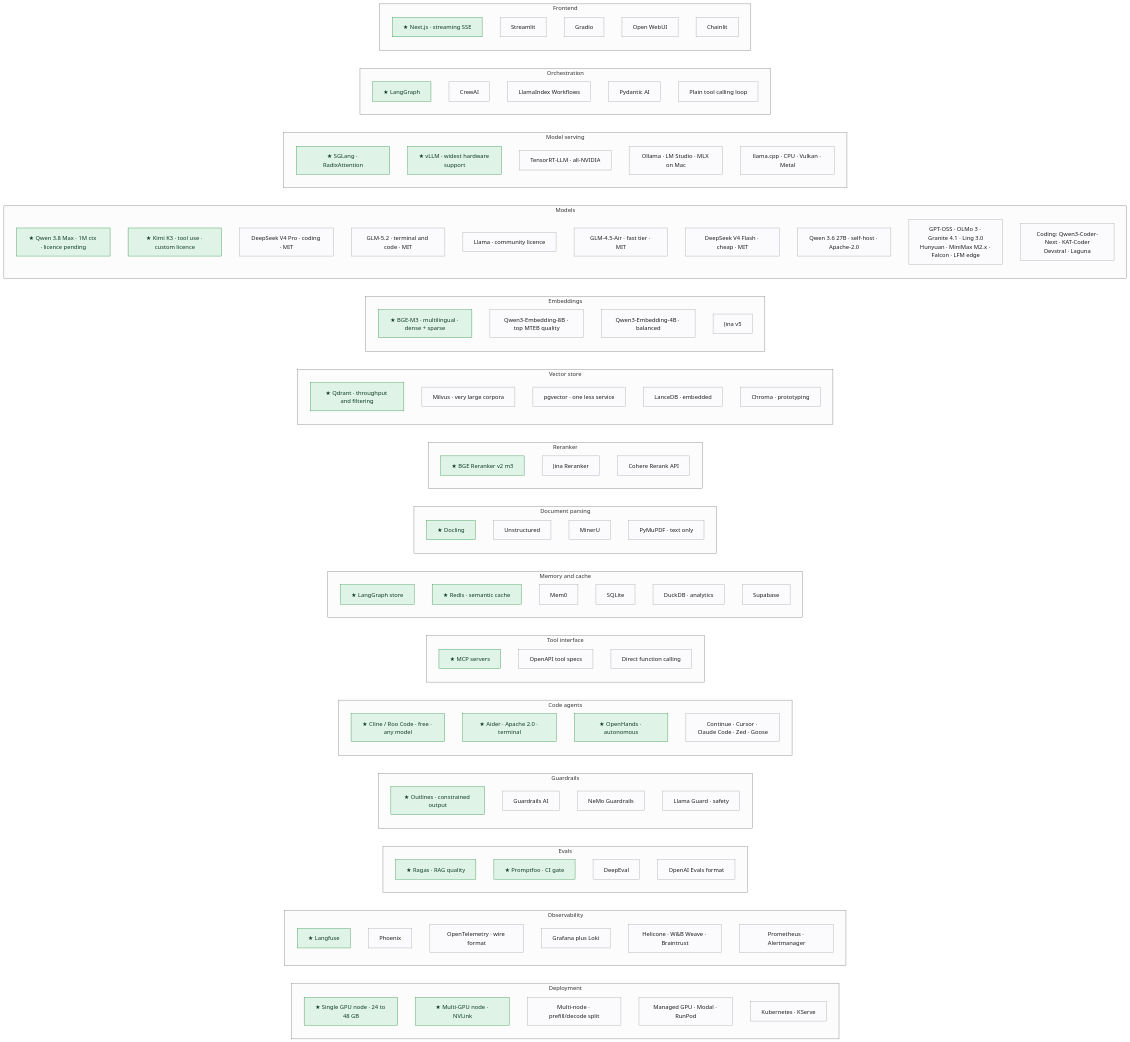
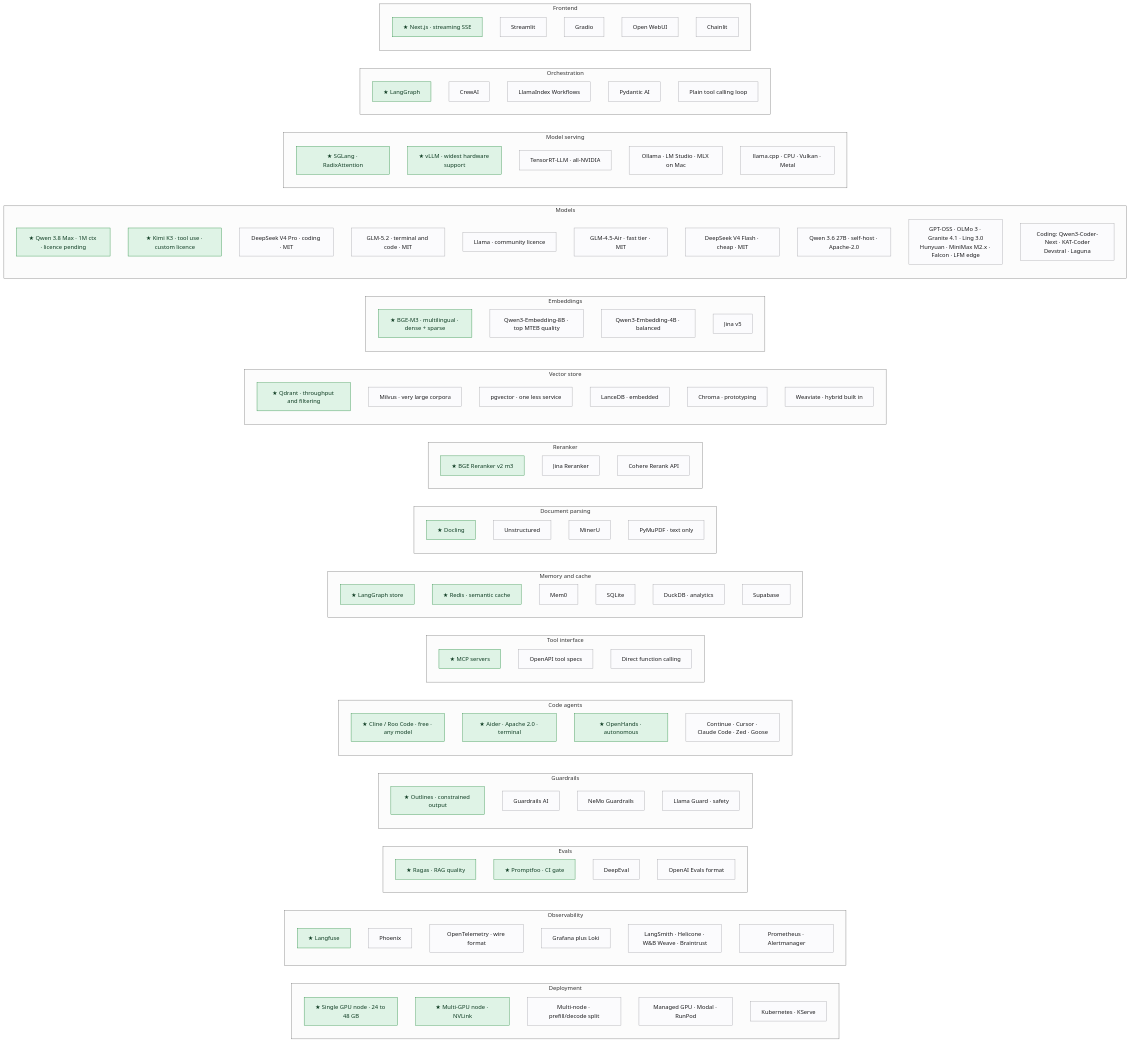
Before and after one commit to mlvpatel/open-weight-agent-stack: the diagram in diagrams/src/technology-catalogue.mmd, drawn with Mermaid (neutral theme). The commit also changed 9 other files, not shown here.

```diff
--- a/diagrams/src/technology-catalogue.mmd
+++ b/diagrams/src/technology-catalogue.mmd
@@ -1,110 +1,111 @@
 flowchart LR
     subgraph CAT_DP["Deployment"]
         DP1["★ Single GPU node · 24 to 48 GB"]
         DP2["★ Multi-GPU node · NVLink"]
         DP3["Multi-node · prefill/decode split"]
         DP4["Managed GPU · Modal · RunPod"]
         DP5["Kubernetes · KServe"]
     end
     subgraph CAT_OB["Observability"]
         OB1["★ Langfuse"]
         OB2["Phoenix"]
         OB3["OpenTelemetry · wire format"]
         OB4["Grafana plus Loki"]
-        OB5["Helicone · W&B Weave · Braintrust"]
+        OB5["LangSmith · Helicone · W&B Weave · Braintrust"]
         OB6["Prometheus · Alertmanager"]
     end
     subgraph CAT_EV["Evals"]
         EV1["★ Ragas · RAG quality"]
         EV2["★ Promptfoo · CI gate"]
         EV3["DeepEval"]
         EV4["OpenAI Evals format"]
     end
     subgraph CAT_GR["Guardrails"]
         GR1["★ Outlines · constrained output"]
         GR2["Guardrails AI"]
         GR3["NeMo Guardrails"]
         GR4["Llama Guard · safety"]
     end
     subgraph CAT_CA["Code agents"]
         CA1["★ Cline / Roo Code · free · any model"]
         CA2["★ Aider · Apache 2.0 · terminal"]
         CA3["★ OpenHands · autonomous"]
         CA4["Continue · Cursor · Claude Code · Zed · Goose"]
     end
     subgraph CAT_TL["Tool interface"]
         TL1["★ MCP servers"]
         TL2["OpenAPI tool specs"]
         TL3["Direct function calling"]
     end
     subgraph CAT_ME["Memory and cache"]
         ME1["★ LangGraph store"]
         ME2["★ Redis · semantic cache"]
         ME3["Mem0"]
         ME4["SQLite"]
         ME5["DuckDB · analytics"]
         ME6["Supabase"]
     end
     subgraph CAT_PA["Document parsing"]
         PA1["★ Docling"]
         PA2["Unstructured"]
         PA3["MinerU"]
         PA4["PyMuPDF · text only"]
     end
     subgraph CAT_RR["Reranker"]
         RR1["★ BGE Reranker v2 m3"]
         RR2["Jina Reranker"]
         RR3["Cohere Rerank API"]
     end
     subgraph CAT_VS["Vector store"]
         VS1["★ Qdrant · throughput and filtering"]
         VS2["Milvus · very large corpora"]
         VS3["pgvector · one less service"]
         VS4["LanceDB · embedded"]
         VS5["Chroma · prototyping"]
+        VS6["Weaviate · hybrid built in"]
     end
     subgraph CAT_EM["Embeddings"]
         EM1["★ BGE-M3 · multilingual · dense + sparse"]
         EM2["Qwen3-Embedding-8B · top MTEB quality"]
         EM3["Qwen3-Embedding-4B · balanced"]
         EM4["Jina v5"]
     end
     subgraph CAT_MD["Models"]
         MD1["★ Qwen 3.8 Max · 1M ctx · licence pending"]
         MD2["★ Kimi K3 · tool use · custom licence"]
         MD3["DeepSeek V4 Pro · coding · MIT"]
         MD4["GLM-5.2 · terminal and code · MIT"]
         MD5["Llama · community licence"]
         MD6["GLM-4.5-Air · fast tier · MIT"]
         MD7["DeepSeek V4 Flash · cheap · MIT"]
         MD8["Qwen 3.6 27B · self-host · Apache-2.0"]
         MD9["GPT-OSS · OLMo 3 · Granite 4.1 · Ling 3.0<br/>Hunyuan · MiniMax M2.x · Falcon · LFM edge"]
         MD10["Coding: Qwen3-Coder-Next · KAT-Coder<br/>Devstral · Laguna"]
     end
     subgraph CAT_SV["Model serving"]
         SV1["★ SGLang · RadixAttention"]
         SV2["★ vLLM · widest hardware support"]
         SV3["TensorRT-LLM · all-NVIDIA"]
         SV4["Ollama · LM Studio · MLX on Mac"]
         SV5["llama.cpp · CPU · Vulkan · Metal"]
     end
     subgraph CAT_OR["Orchestration"]
         OR1["★ LangGraph"]
         OR2["CrewAI"]
         OR3["LlamaIndex Workflows"]
         OR4["Pydantic AI"]
         OR5["Plain tool calling loop"]
     end
     subgraph CAT_FE["Frontend"]
         FE1["★ Next.js · streaming SSE"]
         FE2["Streamlit"]
         FE3["Gradio"]
         FE4["Open WebUI"]
         FE5["Chainlit"]
     end
 
     classDef pick fill:#dff3e6,stroke:#248a3d,color:#0f3d23
     classDef alt fill:#fbfbfd,stroke:#a1a1a6,color:#1d1d1f
 
     class FE1,OR1,SV1,SV2,MD1,MD2,EM1,VS1,RR1,PA1,ME1,ME2,TL1,CA1,CA2,CA3,GR1,EV1,EV2,OB1,DP1,DP2 pick
-    class FE2,FE3,FE4,FE5,OR2,OR3,OR4,OR5,SV3,SV4,SV5,MD3,MD4,MD5,MD6,MD7,MD8,MD9,MD10,EM2,EM3,EM4,VS2,VS3,VS4,VS5,RR2,RR3,PA2,PA3,PA4,ME3,ME4,ME5,ME6,TL2,TL3,CA4,GR2,GR3,GR4,EV3,EV4,OB2,OB3,OB4,OB5,OB6,DP3,DP4,DP5 alt
+    class FE2,FE3,FE4,FE5,OR2,OR3,OR4,OR5,SV3,SV4,SV5,MD3,MD4,MD5,MD6,MD7,MD8,MD9,MD10,EM2,EM3,EM4,VS2,VS3,VS4,VS5,VS6,RR2,RR3,PA2,PA3,PA4,ME3,ME4,ME5,ME6,TL2,TL3,CA4,GR2,GR3,GR4,EV3,EV4,OB2,OB3,OB4,OB5,OB6,DP3,DP4,DP5 alt
```
